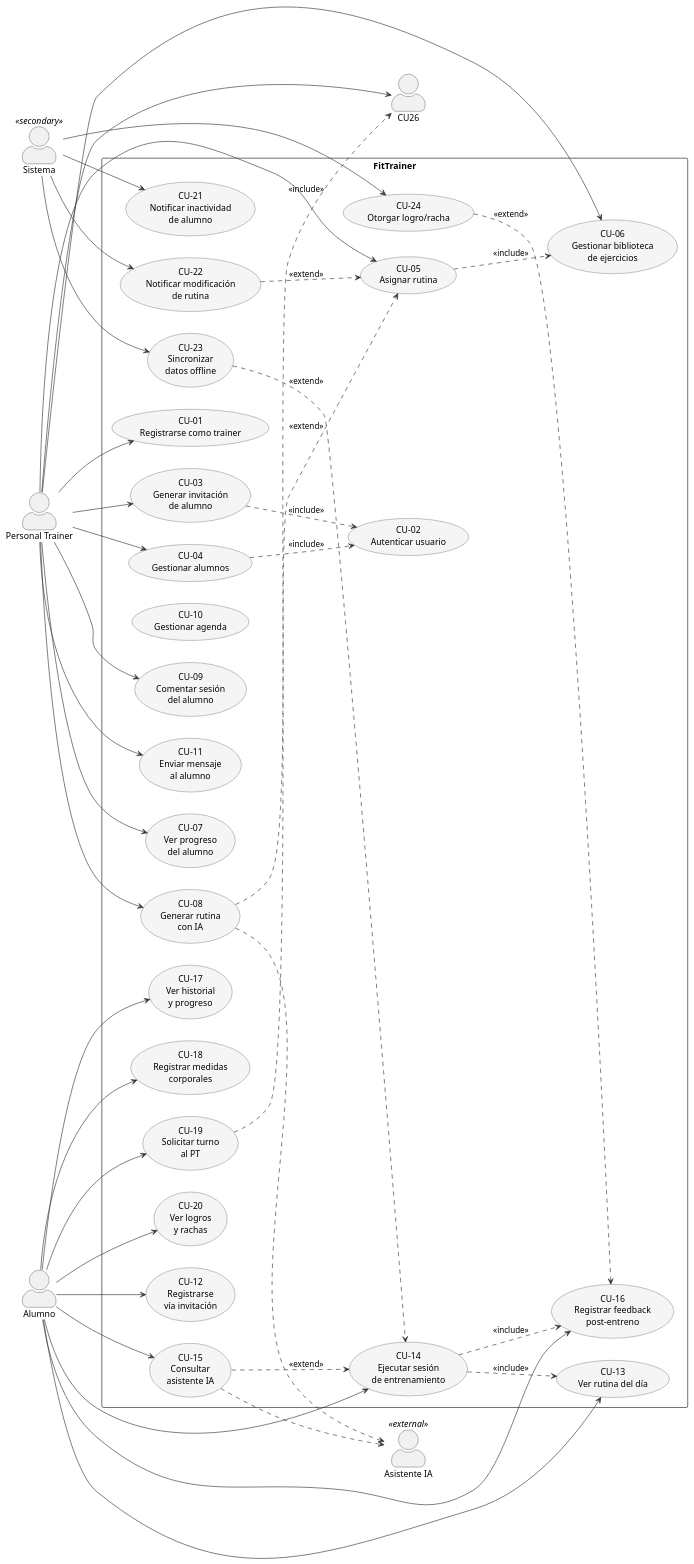
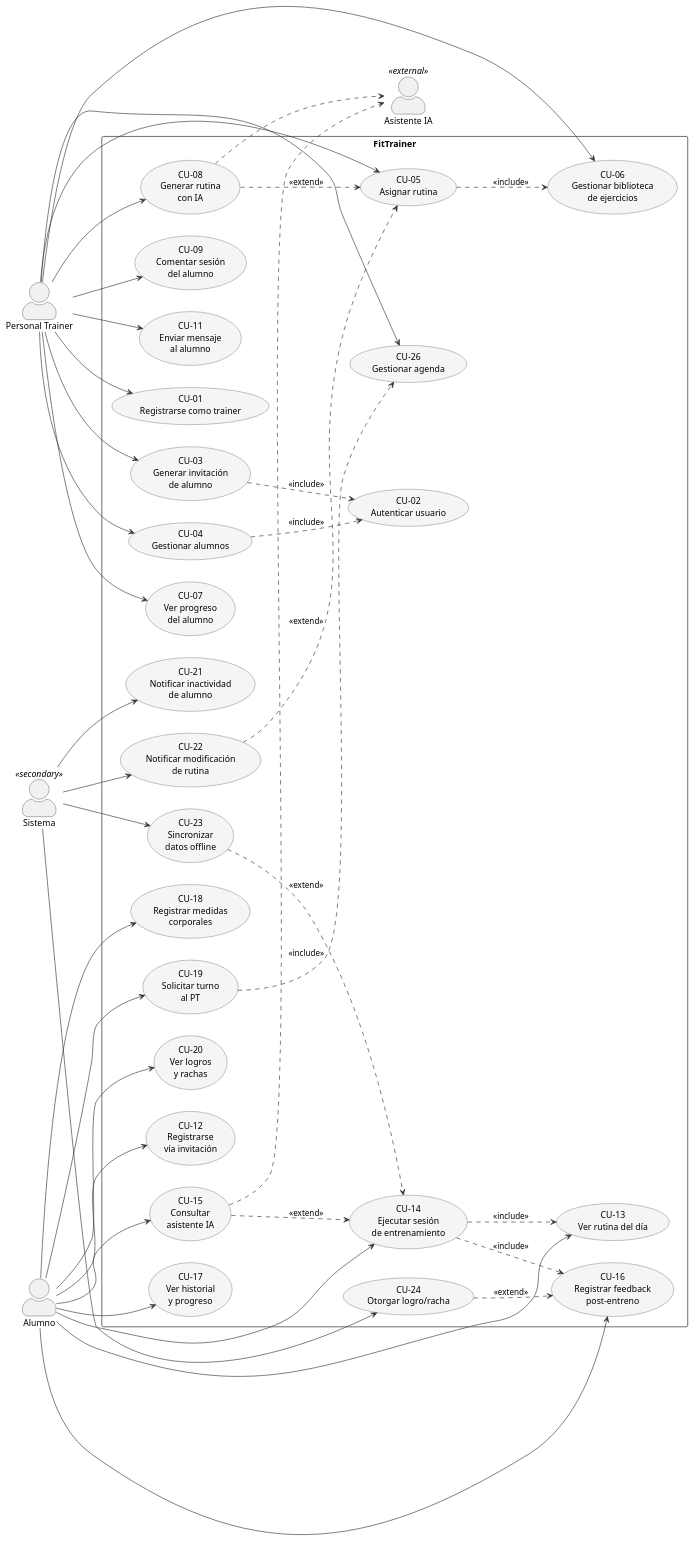
One commit to irolon/parcial-2-ap-acn5bv-queimalinos-rolon changed the diagram in docs/arquitectura/diagrama-casos-de-uso.md. Above: the diagram before and after it, drawn with PlantUML.

Commit message:
docs(agenda): CU-26 declarado en el diagrama de casos de uso

```diff
--- a/docs/arquitectura/diagrama-casos-de-uso.md
+++ b/docs/arquitectura/diagrama-casos-de-uso.md
@@ -131,7 +131,7 @@
   usecase "CU-07\nVer progreso\ndel alumno" as CU07
   usecase "CU-08\nGenerar rutina\ncon IA" as CU08
   usecase "CU-09\nComentar sesión\ndel alumno" as CU09
-  usecase "CU-10\nGestionar agenda" as CU10
+  usecase "CU-26\nGestionar agenda" as CU26
   usecase "CU-11\nEnviar mensaje\nal alumno" as CU11
 
   ' --- Alumno ---
```
